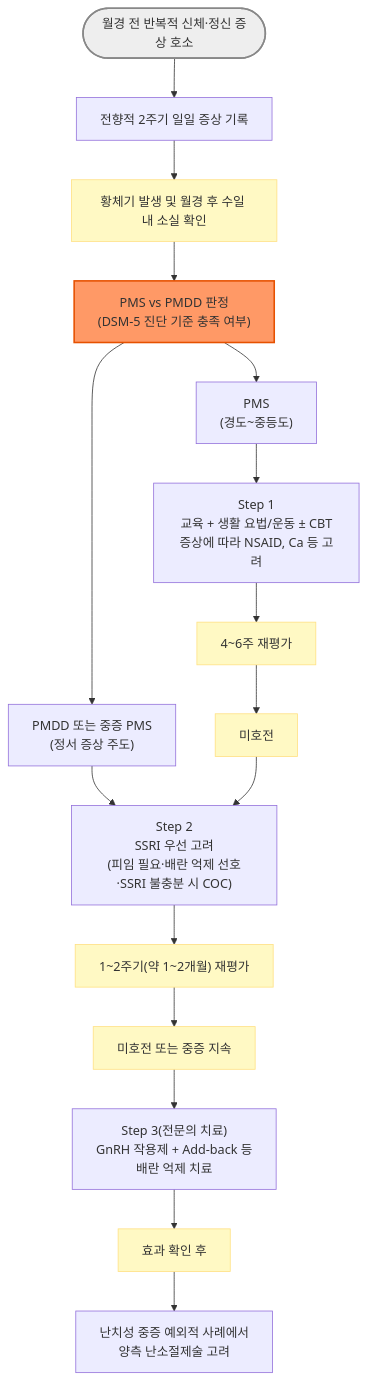
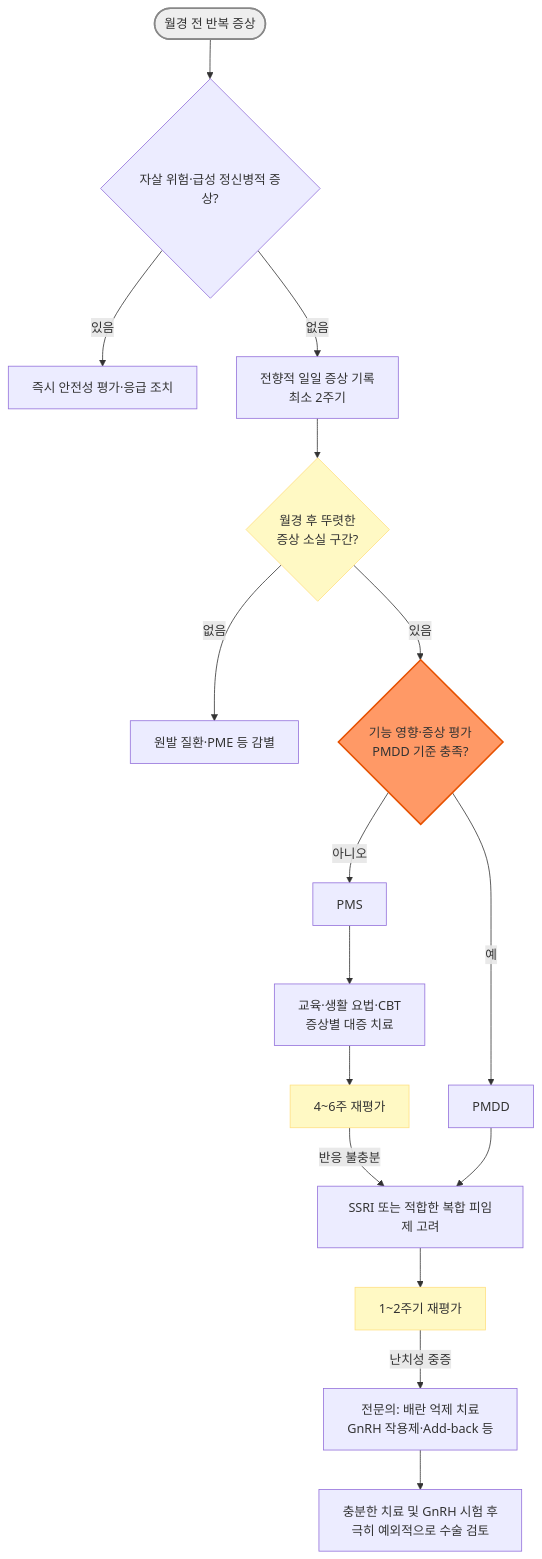
One commit to familyoh77/familyoh77 changed the diagram in 227_/127_-premenstrual-syndrome-pms.md. Above: the diagram before and after it, drawn with Mermaid. The commit also changed other lines of this file, not shown here.

````diff
--- a/227_/127_-premenstrual-syndrome-pms.md
+++ b/227_/127_-premenstrual-syndrome-pms.md
@@ -126,25 +130,25 @@
 ```mermaid
 graph TD
-    Start(["월경 전 반복적 신체·정신 증상 호소"]) --> Chart["전향적 2주기 일일 증상 기록"]
-    Chart --> Confirm["황체기 발생 및 월경 후 수일 내 소실 확인"]
-    Confirm --> DxBranch["PMS vs PMDD 판정<br>(DSM-5 진단 기준 충족 여부)"]
-    DxBranch --> PMS["PMS<br>(경도~중등도)"]
-    DxBranch --> PMDD["PMDD 또는 중증 PMS<br>(정서 증상 주도)"]
-    PMS --> Step1["Step 1<br>교육 + 생활 요법/운동 ± CBT<br>증상에 따라 NSAID, Ca 등 고려"]
+    Start(["월경 전 반복 증상"]) --> Safety{"자살 위험·급성 정신병적 증상?"}
+    Safety -- "있음" --> Urgent["즉시 안전성 평가·응급 조치"]
+    Safety -- "없음" --> Chart["전향적 일일 증상 기록<br>최소 2주기"]
+    Chart --> Pattern{"월경 후 뚜렷한<br>증상 소실 구간?"}
+    Pattern -- "없음" --> Diff["원발 질환·PME 등 감별"]
+    Pattern -- "있음" --> DxBranch{"기능 영향·증상 평가<br>PMDD 기준 충족?"}
+    DxBranch -- "아니오" --> PMS["PMS"]
+    DxBranch -- "예" --> PMDD["PMDD"]
+    PMS --> Step1["교육·생활 요법·CBT<br>증상별 대증 치료"]
     Step1 --> Reassess1["4~6주 재평가"]
-    Reassess1 --> NoResp1["미호전"]
-    PMDD --> Step2["Step 2<br>SSRI 우선 고려<br>(피임 필요·배란 억제 선호·SSRI 불충분 시 COC)"]
-    NoResp1 --> Step2
-    Step2 --> Reassess2["1~2주기(약 1~2개월) 재평가"]
-    Reassess2 --> NoResp2["미호전 또는 중증 지속"]
-    NoResp2 --> Step3["Step 3(전문의 치료)<br>GnRH 작용제 + Add-back 등<br>배란 억제 치료"]
-    Step3 --> Reassess3["효과 확인 후"]
-    Reassess3 --> Surgery["난치성 중증 예외적 사례에서<br>양측 난소절제술 고려"]
+    Reassess1 -- "반응 불충분" --> Step2["SSRI 또는 적합한 복합 피임제 고려"]
+    PMDD --> Step2
+    Step2 --> Reassess2["1~2주기 재평가"]
+    Reassess2 -- "난치성 중증" --> Step3["전문의: 배란 억제 치료<br>GnRH 작용제·Add-back 등"]
+    Step3 --> Surgery["충분한 치료 및 GnRH 시험 후<br>극히 예외적으로 수술 검토"]
 
     classDef branch fill:#fff9c4,stroke:#ffe082
     classDef mainDx fill:#f96,stroke:#e65100,stroke-width:2px
     classDef startNode fill:#eeeeee,stroke:#888888,stroke-width:2px
     class Start startNode
     class DxBranch mainDx
-    class Confirm,NoResp1,NoResp2,Reassess1,Reassess2,Reassess3 branch
+    class Pattern,Reassess1,Reassess2 branch
 ```
````
